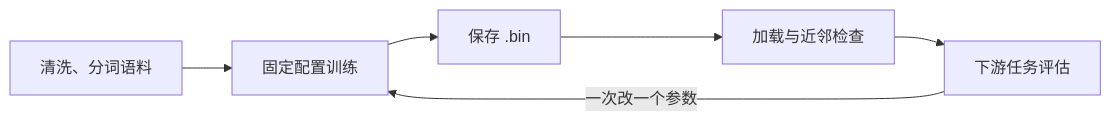
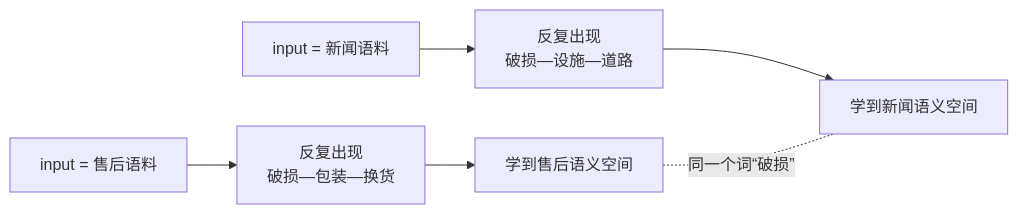
The second of 8 diagrams in notes/text-preprocessing/18-fasttext-hyperparameters.md (luyunix/nlp_study), drawn with Mermaid before and after one commit. The commit also changed other lines of this file and 1 other file, not shown here.

````diff
--- a/notes/text-preprocessing/18-fasttext-hyperparameters.md
+++ b/notes/text-preprocessing/18-fasttext-hyperparameters.md
@@ -30,8 +63,8 @@
 ```mermaid
 flowchart LR
-    A["清洗、分词语料"] --> B["固定配置训练"]
-    B --> C["保存 .bin"]
-    C --> D["加载与近邻检查"]
-    D --> E["下游任务评估"]
-    E -->|"一次改一个参数"| B
+    A["input = 售后语料"] --> B["反复出现<br/>破损—包装—换货"]
+    B --> C["学到售后语义空间"]
+    D["input = 新闻语料"] --> E["反复出现<br/>破损—设施—道路"]
+    E --> F["学到新闻语义空间"]
+    C -. "同一个词“破损”" .- F
 ```
````
